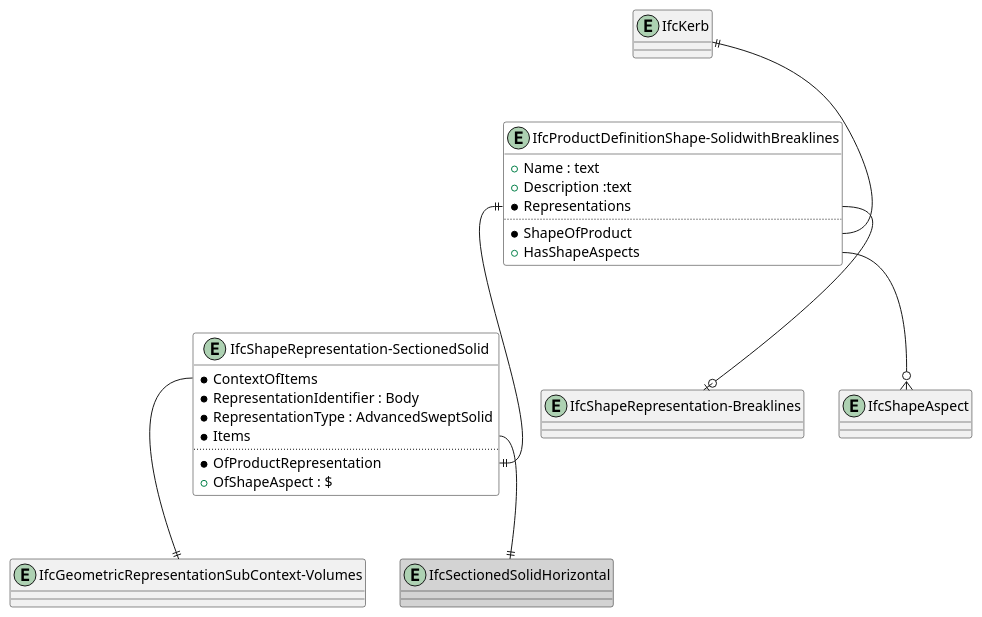
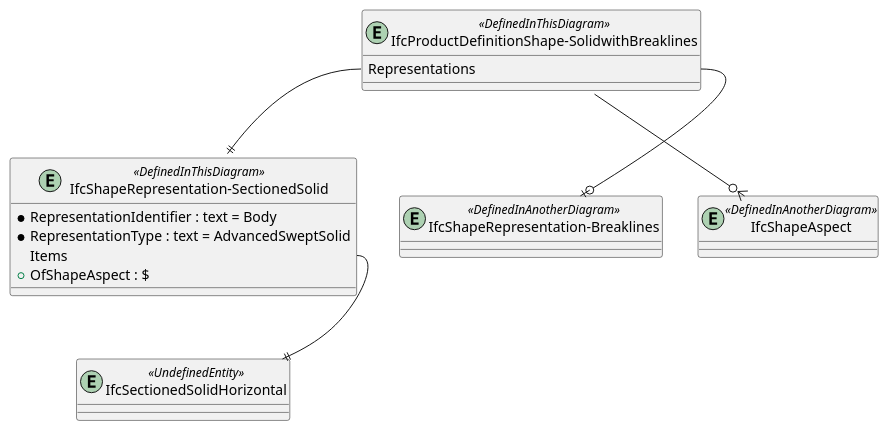
Before and after one commit to buildingSMART-Finland/RYTV-IFCRoute: the diagram in diagrams/bsf-IfcProductDefinitionShape-SolidwithBreaklines.pu, drawn with PlantUML. The commit also changed other lines of this file and 25 other files, not shown here.

```diff
--- a/diagrams/bsf-IfcProductDefinitionShape-SolidwithBreaklines.pu
+++ b/diagrams/bsf-IfcProductDefinitionShape-SolidwithBreaklines.pu
@@ -4,48 +1,29 @@
 @startuml 
 
-entity IfcKerb
-
-entity "IfcGeometricRepresentationSubContext-Volumes"
-
-entity "IfcProductDefinitionShape-SolidwithBreaklines" #white
+entity "IfcProductDefinitionShape-SolidwithBreaklines" <<DefinedInThisDiagram>>
 {
-  +Name : text
-  +Description :text
-  *Representations
-  ..
-  *ShapeOfProduct
-  +HasShapeAspects
+  Representations
 }
 
-entity "IfcShapeRepresentation-SectionedSolid" #white
+entity "IfcShapeRepresentation-SectionedSolid" <<DefinedInThisDiagram>>
 {
-  *ContextOfItems
-  *RepresentationIdentifier : Body
-  *RepresentationType : AdvancedSweptSolid
-  *Items
-  ..
-  *OfProductRepresentation
+  *RepresentationIdentifier : text = Body
+  *RepresentationType : text = AdvancedSweptSolid
+  Items
   +OfShapeAspect : $
 }
 
-entity IfcSectionedSolidHorizontal #lightgray
-{
+entity IfcSectionedSolidHorizontal <<UndefinedEntity>>
 
-}
+entity "IfcShapeRepresentation-Breaklines" <<DefinedInAnotherDiagram>>
 
-entity "IfcShapeRepresentation-Breaklines"
-
-IfcKerb ||-- "IfcProductDefinitionShape-SolidwithBreaklines::ShapeOfProduct"
-
-"IfcProductDefinitionShape-SolidwithBreaklines::Representations" ||--|| "IfcShapeRepresentation-SectionedSolid::OfProductRepresentation"
+"IfcProductDefinitionShape-SolidwithBreaklines::Representations" --|| "IfcShapeRepresentation-SectionedSolid"
 "IfcProductDefinitionShape-SolidwithBreaklines::Representations" --o| "IfcShapeRepresentation-Breaklines"
 
 "IfcShapeRepresentation-SectionedSolid::Items"--||IfcSectionedSolidHorizontal
 
-"IfcShapeRepresentation-SectionedSolid::ContextOfItems"--||"IfcGeometricRepresentationSubContext-Volumes"
-
-entity IfcShapeAspect
-"IfcProductDefinitionShape-SolidwithBreaklines::HasShapeAspects"--o{IfcShapeAspect
+entity IfcShapeAspect <<DefinedInAnotherDiagram>>
+"IfcProductDefinitionShape-SolidwithBreaklines"--o{IfcShapeAspect
 
 
 @enduml
```
